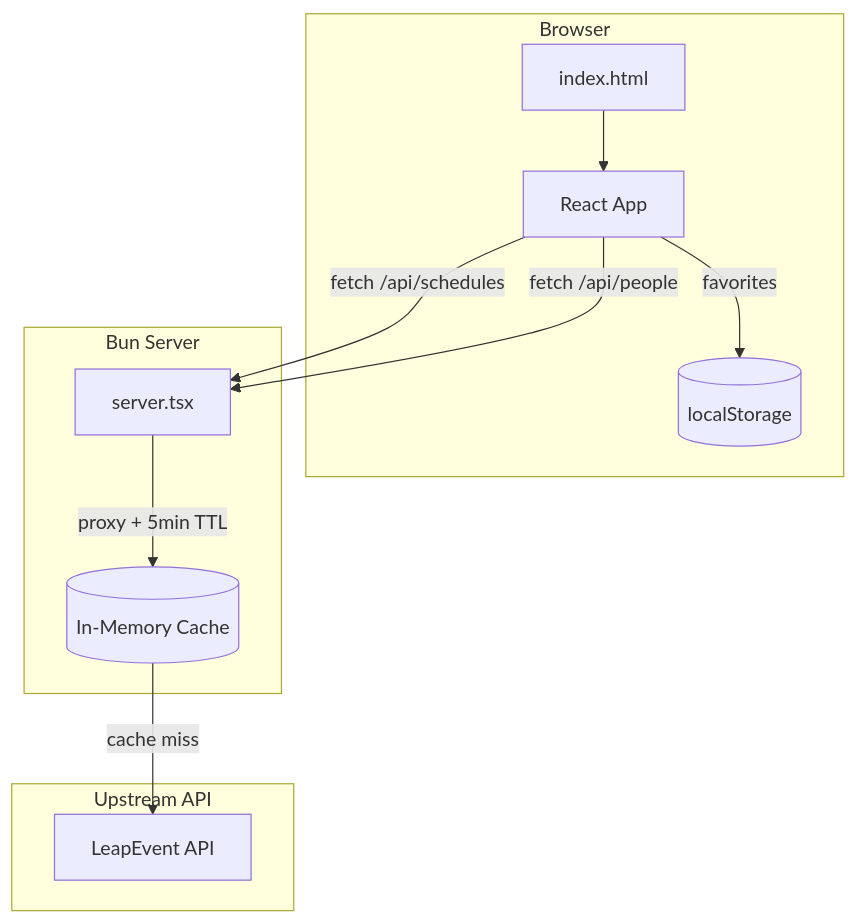
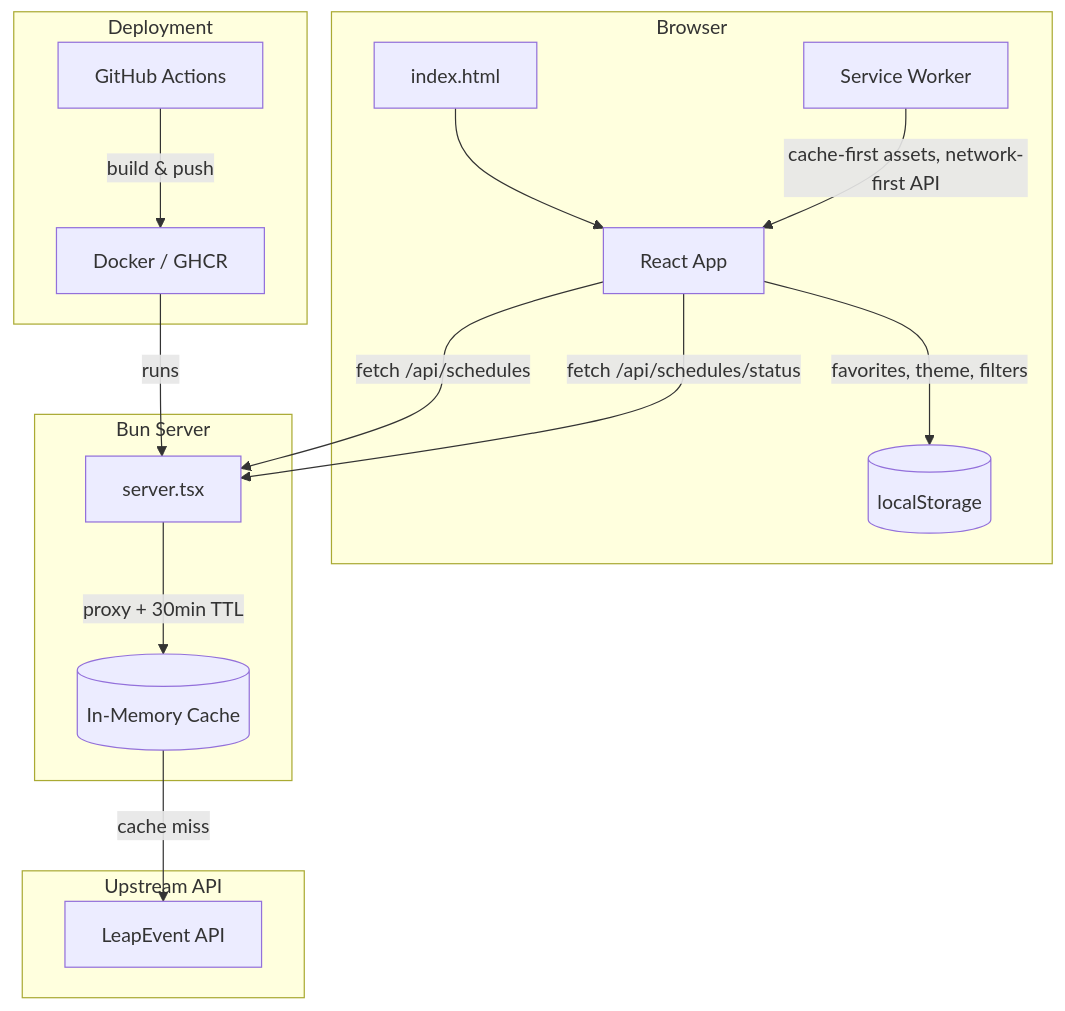
One commit to karilaa-dev/emerald-schedule changed the first of 3 diagrams in docs/CODEBASE_MAP.md. Above: the diagram before and after it, drawn with Mermaid. The commit also changed other lines of this file and 3 other files, not shown here.

````diff
--- a/docs/CODEBASE_MAP.md
+++ b/docs/CODEBASE_MAP.md
@@ -13,21 +13,29 @@
 ```mermaid
 graph TB
     subgraph Browser
         HTML[index.html]
+        SW[Service Worker]
         React[React App]
         LS[(localStorage)]
     end
     subgraph "Bun Server"
         Server[server.tsx]
         Cache[(In-Memory Cache)]
     end
     subgraph "Upstream API"
         Leap[LeapEvent API]
     end
+    subgraph "Deployment"
+        Docker[Docker / GHCR]
+        GHA[GitHub Actions]
+    end
     HTML --> React
     React -->|fetch /api/schedules| Server
-    React -->|fetch /api/people| Server
-    React -->|favorites| LS
-    Server -->|proxy + 5min TTL| Cache
+    React -->|fetch /api/schedules/status| Server
+    React -->|favorites, theme, filters| LS
+    SW -->|cache-first assets, network-first API| React
+    Server -->|proxy + 30min TTL| Cache
     Cache -->|cache miss| Leap
+    GHA -->|build & push| Docker
+    Docker -->|runs| Server
 ```
````
